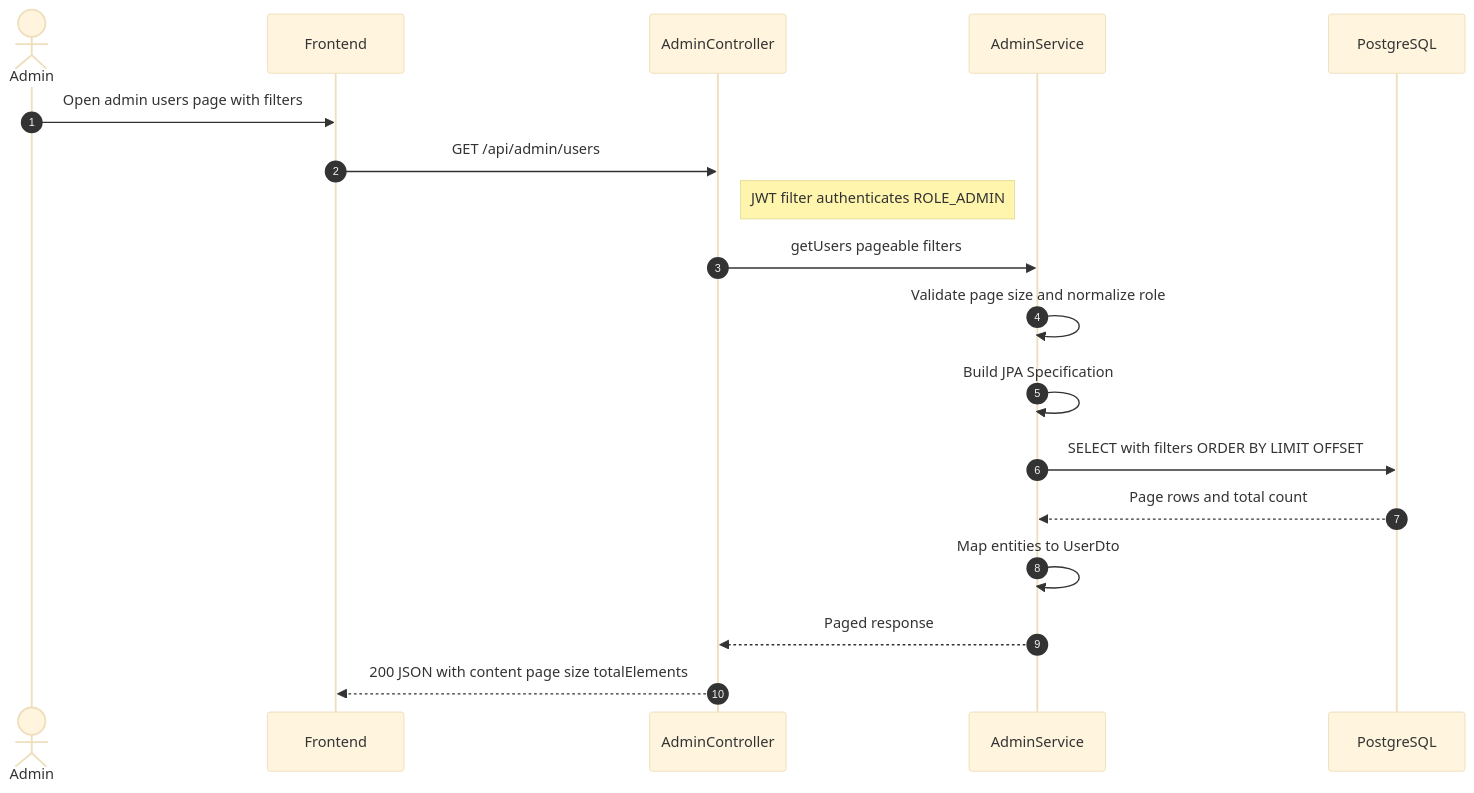
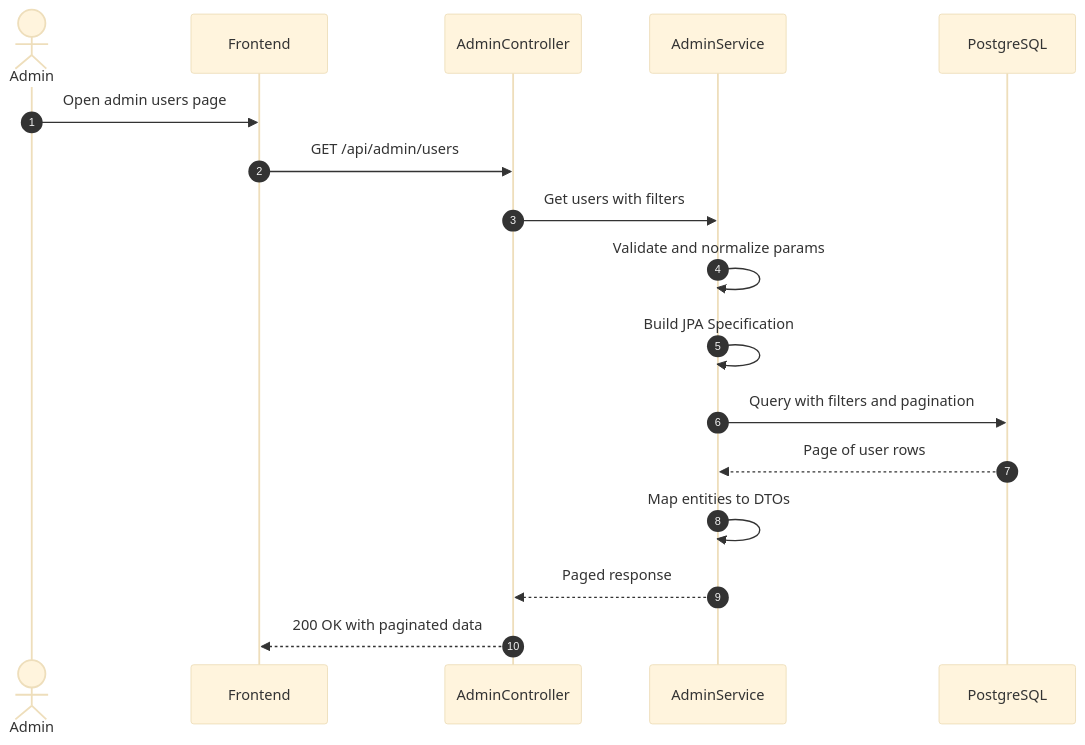
Before and after one commit to himanshugupta91/Full-Stack-Authentication-System: the tenth of 12 diagrams in README.md, drawn with Mermaid (base theme). The commit also changed other lines of this file, not shown here.

Commit message:
Rewrite all 12 mermaid diagrams from scratch with plain GitHub-compatible syntax

````diff
--- a/README.md
+++ b/README.md
@@ -465,21 +429,20 @@
 ```mermaid
 sequenceDiagram
     autonumber
     actor Admin
     participant FE as Frontend
     participant API as AdminController
     participant SVC as AdminService
     participant DB as PostgreSQL
 
-    Admin->>FE: Open admin users page with filters
+    Admin->>FE: Open admin users page
     FE->>API: GET /api/admin/users
-    Note right of API: JWT filter authenticates ROLE_ADMIN
-    API->>SVC: getUsers pageable filters
-    SVC->>SVC: Validate page size and normalize role
+    API->>SVC: Get users with filters
+    SVC->>SVC: Validate and normalize params
     SVC->>SVC: Build JPA Specification
-    SVC->>DB: SELECT with filters ORDER BY LIMIT OFFSET
-    DB-->>SVC: Page rows and total count
-    SVC->>SVC: Map entities to UserDto
+    SVC->>DB: Query with filters and pagination
+    DB-->>SVC: Page of user rows
+    SVC->>SVC: Map entities to DTOs
     SVC-->>API: Paged response
-    API-->>FE: 200 JSON with content page size totalElements
+    API-->>FE: 200 OK with paginated data
 ```
````
